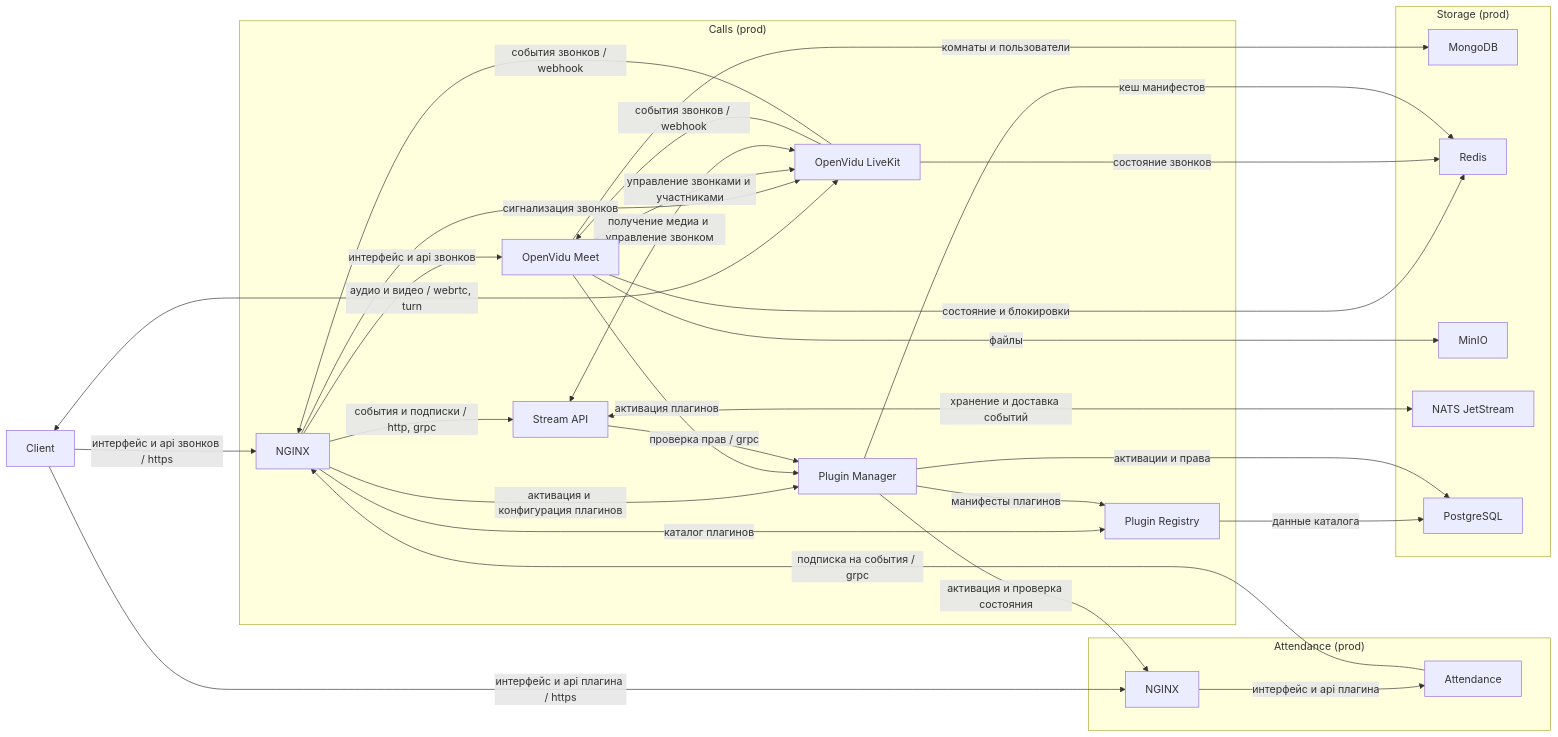
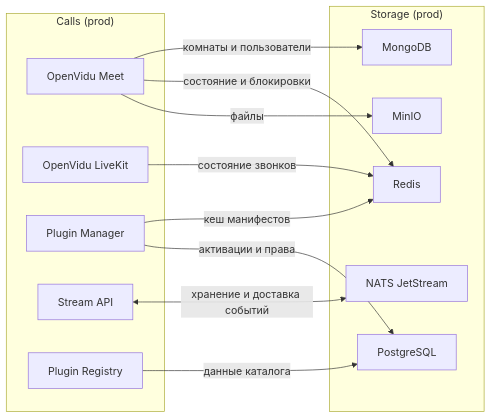
Before and after one commit to dwspurpleteam/deployer: the third of 3 diagrams in README.md, drawn with Mermaid.

Commit message:
Organize architecture connections

````diff
--- a/README.md
+++ b/README.md
@@ -12,45 +48,27 @@
 ```mermaid
 flowchart LR
-  browser[Client] -->|интерфейс и api звонков / https| proxy
-  browser <-->|аудио и видео / webrtc, turn| openvidu
-
-  subgraph calls_prod["Calls (prod)"]
-    proxy[NGINX] -->|интерфейс и api звонков| meet[OpenVidu Meet]
-    proxy -->|сигнализация звонков| openvidu[OpenVidu LiveKit]
-    proxy -->|события и подписки / http, grpc| streamapi[Stream API]
-    proxy -->|активация и конфигурация плагинов| manager[Plugin Manager]
-    proxy -->|каталог плагинов| registry[Plugin Registry]
-    meet -->|управление звонками и участниками| openvidu
-    meet -->|активация плагинов| manager
-    openvidu -->|события звонков / webhook| meet
-    openvidu -->|события звонков / webhook| proxy
-    streamapi <-->|получение медиа и управление звонком| openvidu
-    streamapi -->|проверка прав / grpc| manager
-    manager -->|манифесты плагинов| registry
+  subgraph calls_storage["Calls (prod)"]
+    meet[OpenVidu Meet]
+    openvidu[OpenVidu LiveKit]
+    manager[Plugin Manager]
+    streamapi[Stream API]
+    registry[Plugin Registry]
   end
-
-  subgraph attendance_prod["Attendance (prod)"]
-    attendance_nginx[NGINX] -->|интерфейс и api плагина| attendance[Attendance]
-  end
-
-  browser -->|интерфейс и api плагина / https| attendance_nginx
-  manager -->|активация и проверка состояния| attendance_nginx
-  attendance -->|подписка на события / grpc| proxy
 
   subgraph storage["Storage (prod)"]
     mongodb[MongoDB]
     redis[Redis]
     minio[MinIO]
     nats["NATS JetStream"]
     postgres[PostgreSQL]
   end
 
   meet -->|комнаты и пользователи| mongodb
   meet -->|состояние и блокировки| redis
   meet -->|файлы| minio
   openvidu -->|состояние звонков| redis
   manager -->|кеш манифестов| redis
   streamapi <-->|хранение и доставка событий| nats
   registry -->|данные каталога| postgres
   manager -->|активации и права| postgres
 ```
````
